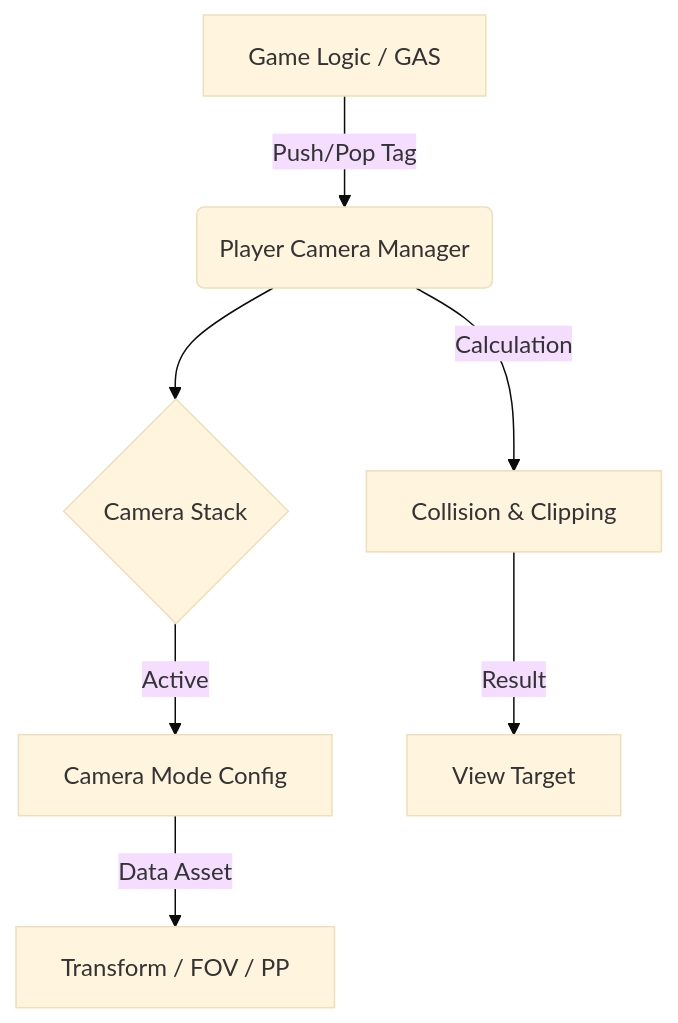
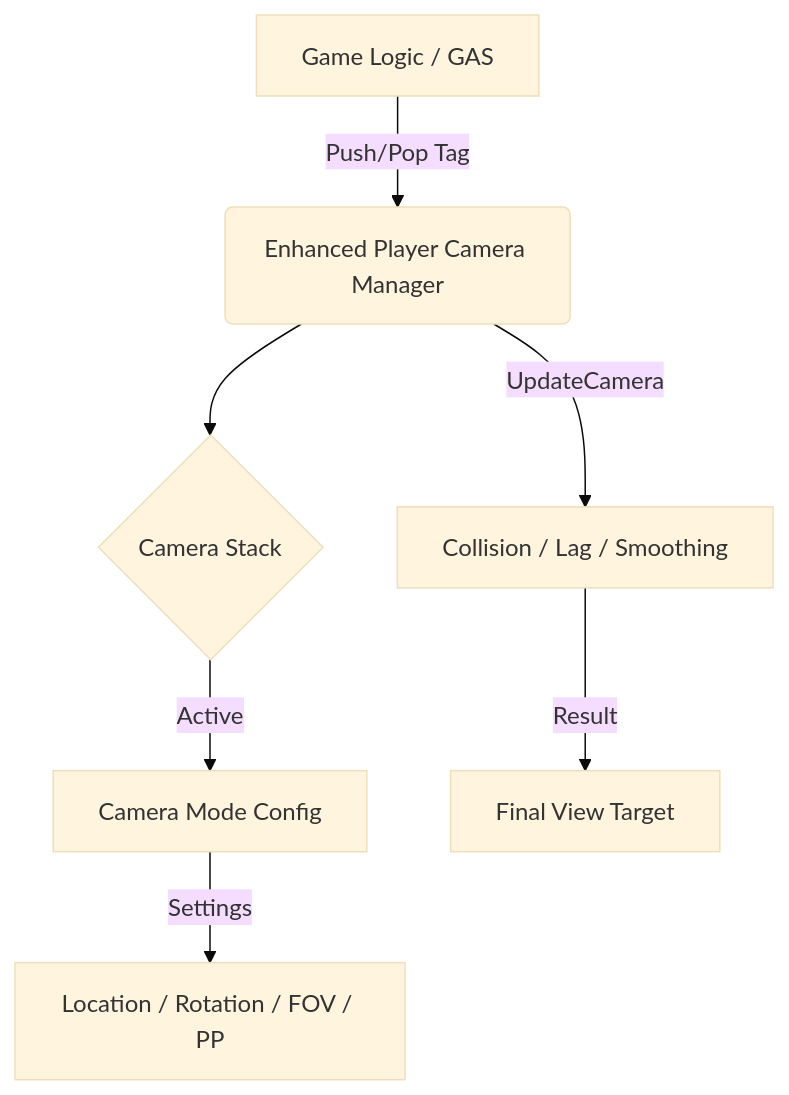
Before and after one commit to 1SHAMAY1/Plugin-EnhancedCameraSystem: the diagram in README.md, drawn with Mermaid (base theme). The commit also changed other lines of this file, not shown here.

````diff
--- a/README.md
+++ b/README.md
@@ -28,9 +28,9 @@
 ```mermaid
 graph TD
-    A[Game Logic / GAS] -->|Push/Pop Tag| B(Player Camera Manager)
+    A[Game Logic / GAS] -->|Push/Pop Tag| B(Enhanced Player Camera Manager)
     B --> C{Camera Stack}
     C -->|Active| D[Camera Mode Config]
-    D -->|Data Asset| E[Transform / FOV / PP]
-    B -->|Calculation| F[Collision & Clipping]
-    F -->|Result| G[View Target]
+    D -->|Settings| E[Location / Rotation / FOV / PP]
+    B -->|UpdateCamera| F[Collision / Lag / Smoothing]
+    F -->|Result| G[Final View Target]
 ```
````
